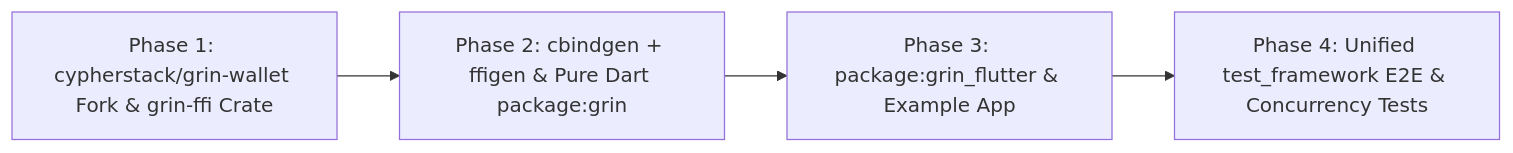
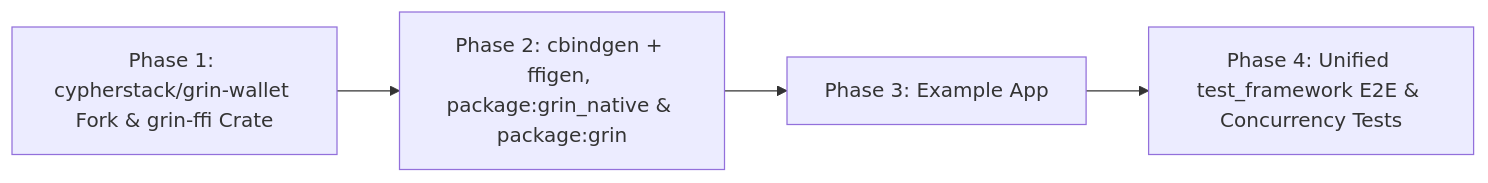
One commit to ManyMath/grin changed the diagram in docs/architecture.md. Above: the diagram before and after it, drawn with Mermaid. The commit also changed other lines of this file and 5 other files, not shown here.

First line of the commit message:
docs: describe the grin and grin_native split

````diff
--- a/docs/architecture.md
+++ b/docs/architecture.md
@@ -380,6 +407,6 @@
 ```mermaid
 flowchart LR
-    P1["Phase 1: cypherstack/grin-wallet Fork & grin-ffi Crate"] --> P2["Phase 2: cbindgen + ffigen & Pure Dart package:grin"]
-    P2 --> P3["Phase 3: package:grin_flutter & Example App"]
+    P1["Phase 1: cypherstack/grin-wallet Fork & grin-ffi Crate"] --> P2["Phase 2: cbindgen + ffigen, package:grin_native & package:grin"]
+    P2 --> P3["Phase 3: Example App"]
     P3 --> P4["Phase 4: Unified test_framework E2E & Concurrency Tests"]
 ```
````
